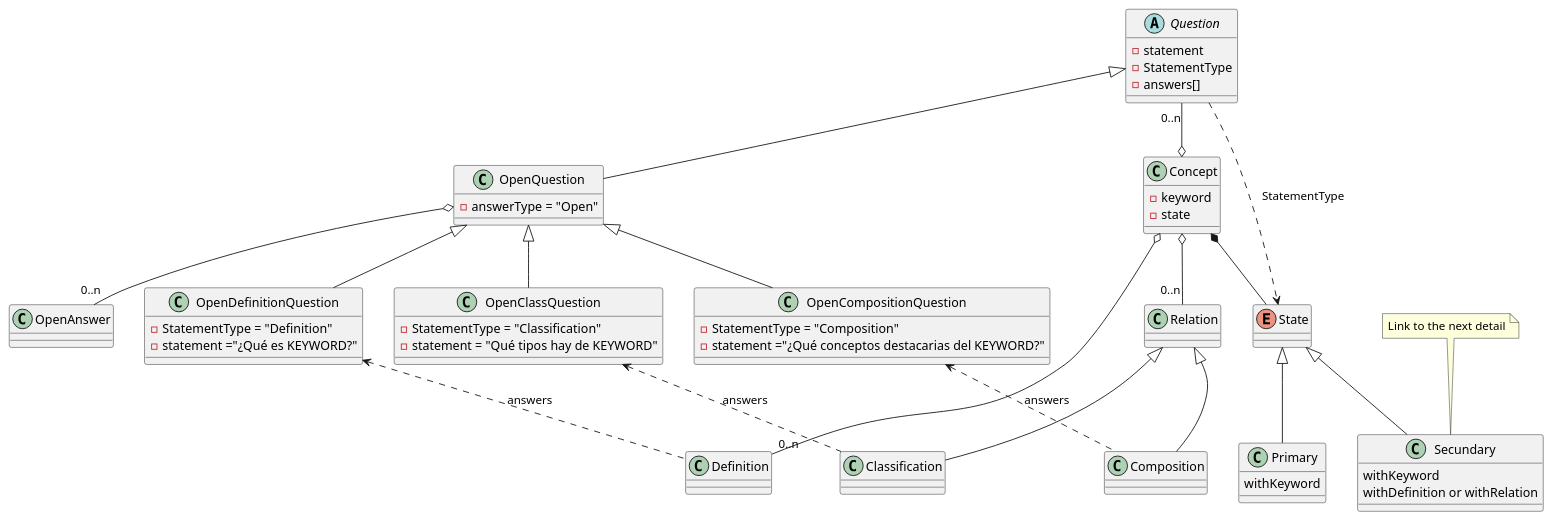
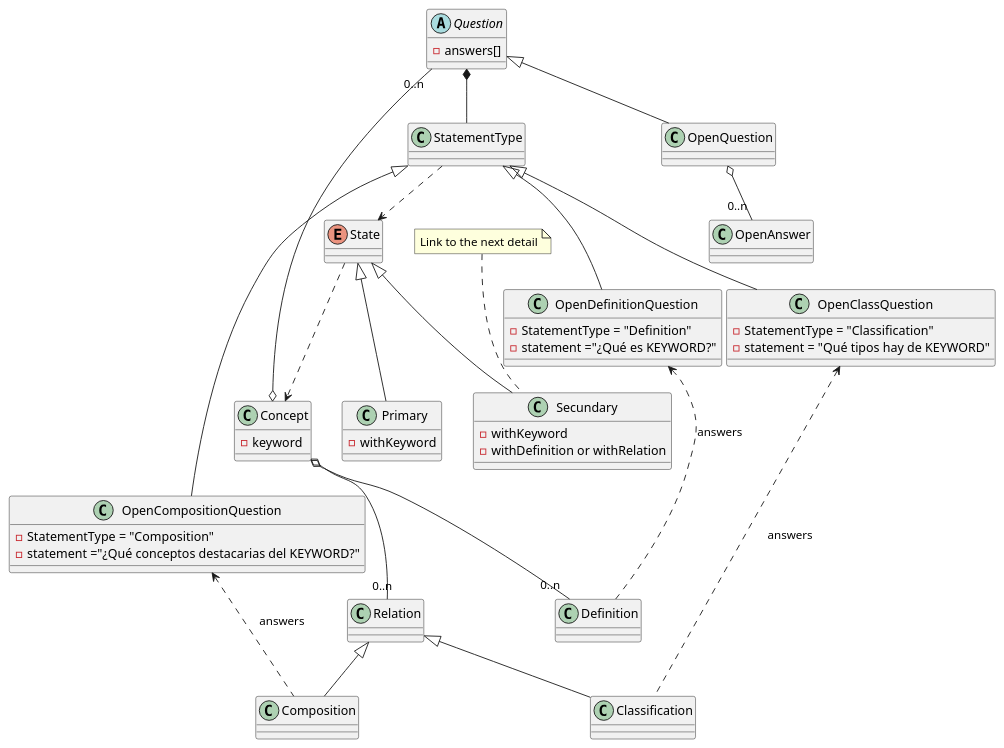
The diagram in doc/dominio_detail_concept.puml (Joselon/ProyectoOpoTest), drawn with PlantUML before and after one commit. The commit also changed 3 other files, not shown here.

```diff
--- a/doc/dominio_detail_concept.puml
+++ b/doc/dominio_detail_concept.puml
@@ -1,98 +1,96 @@
 @startuml ConceptDomainDetail
 
 class Concept {
     - keyword
-    - state
 }
 
 'class Definition {
     '   - Real/Fake
     '
 '}
 
 'class Justification {
     '    - Real/Fake
     '
 '}
 
 'class Explanation
 
 class Relation
 
 class Classification
 
 class Composition
 
 enum State
 
 class Primary {
-    withKeyword
+    - withKeyword
 }
 
 class Secundary {
-    withKeyword
-    withDefinition or withRelation
+    - withKeyword
+    - withDefinition or withRelation
 }
 note "Link to the next detail" as link
 link .- Secundary
 
 class OpenDefinitionQuestion {
     - StatementType = "Definition"
     - statement ="¿Qué es KEYWORD?"
 
 }
 
 class OpenClassQuestion {
     - StatementType = "Classification"
     - statement = "Qué tipos hay de KEYWORD"
 
 }
 
 class OpenCompositionQuestion {
     - StatementType = "Composition"
     - statement ="¿Qué conceptos destacarias del KEYWORD?"
 
 }
 
 abstract class Question {
-    - statement
-    - StatementType
     - answers[]
 }
 
 class OpenQuestion {
-    - answerType = "Open"
+
 }
 
 Question <|-- OpenQuestion
 Question "0..n" -o Concept
 'Question <|-- Open :-- answerType
 OpenQuestion o--"0..n" OpenAnswer
-Concept *-- State
-Question ..> State: StatementType
+Question *-- StatementType
+State ..> Concept  
+StatementType ..> State
 
 Concept o--"0..n" Definition
 'Definition o-- "0..n" Justification:Fake
 'Justification o-- Explanation:Fake
 
 Concept o-- "0..n" Relation
 Relation <|-- Classification
 Relation <|-- Composition
 
 State <|-- Primary
 State <|-- Secundary
 
 'Question <|-- OpenDefinitionQuestion :--StatementType
 'Question <|-- OpenClassQuestion :--StatementType
 'Question <|-- OpenCompositionQuestion :--StatementType
 
-OpenQuestion <|-- OpenDefinitionQuestion
+StatementType <|-- OpenDefinitionQuestion
 OpenDefinitionQuestion <.. Definition: answers
 
-OpenQuestion <|-- OpenClassQuestion
+StatementType <|-- OpenClassQuestion
 OpenClassQuestion <.. Classification :answers
 
-OpenQuestion <|-- OpenCompositionQuestion
+StatementType <|-- OpenCompositionQuestion
 OpenCompositionQuestion <.. Composition :answers
 
 @enduml
```
